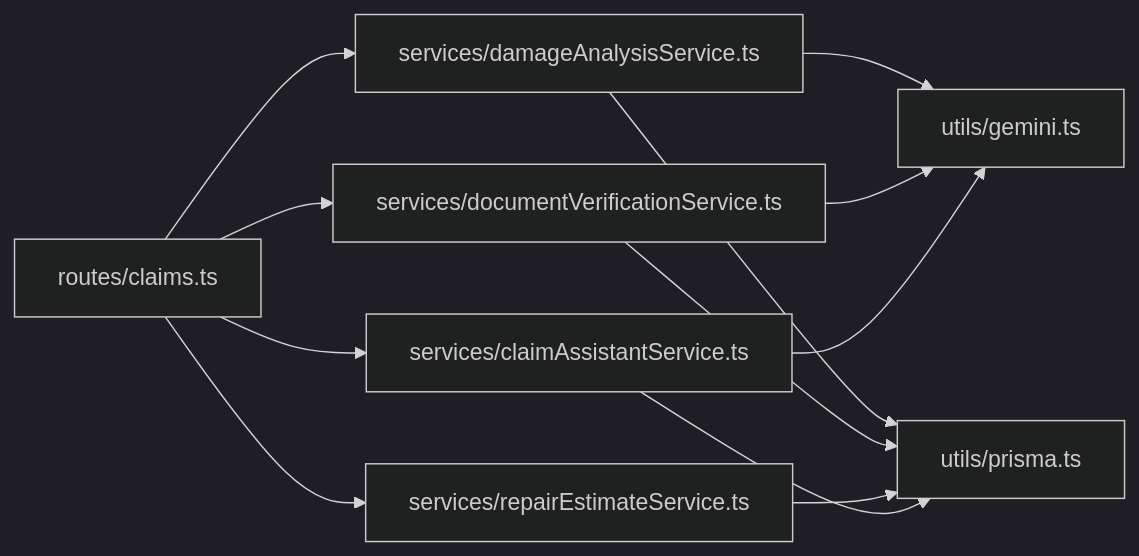
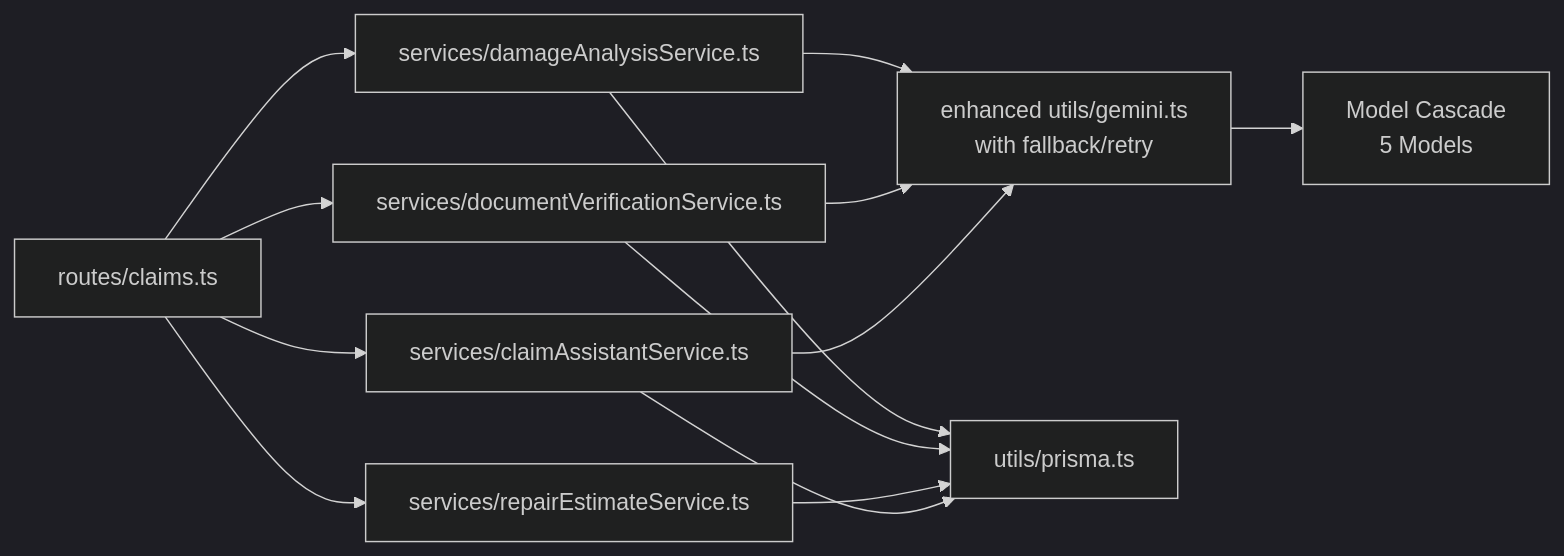
One commit to NaveenHiranya/Smart-Vehicle-Insurance-Claim-System changed the ninth of 9 diagrams in .qoder/repowiki/en/content/AI Services Integration/AI Services Integration.md. Above: the diagram before and after it, drawn with Mermaid (dark theme). The commit also changed other lines of this file and 41 other files, not shown here.

````diff
--- a/.qoder/repowiki/en/content/AI Services Integration/AI Services Integration.md
+++ b/.qoder/repowiki/en/content/AI Services Integration/AI Services Integration.md
@@ -304,14 +342,15 @@
 ```mermaid
 graph LR
 Routes["routes/claims.ts"] --> S1["services/damageAnalysisService.ts"]
 Routes --> S2["services/documentVerificationService.ts"]
 Routes --> S3["services/repairEstimateService.ts"]
 Routes --> S4["services/claimAssistantService.ts"]
-S1 --> U["utils/gemini.ts"]
+S1 --> U["enhanced utils/gemini.ts<br/>with fallback/retry"]
 S2 --> U
 S4 --> U
 S1 --> P["utils/prisma.ts"]
 S2 --> P
 S3 --> P
 S4 --> P
+U --> MC["Model Cascade<br/>5 Models"]
 ```
````
